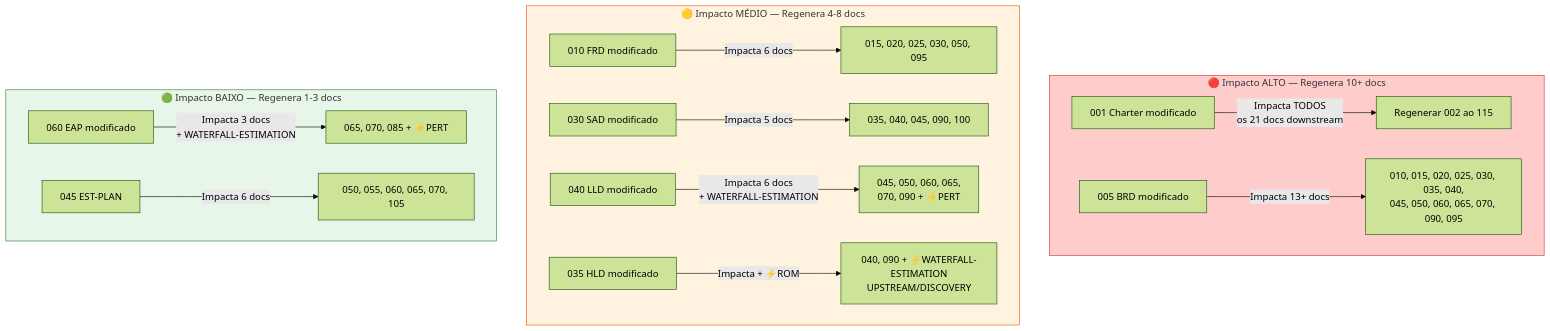
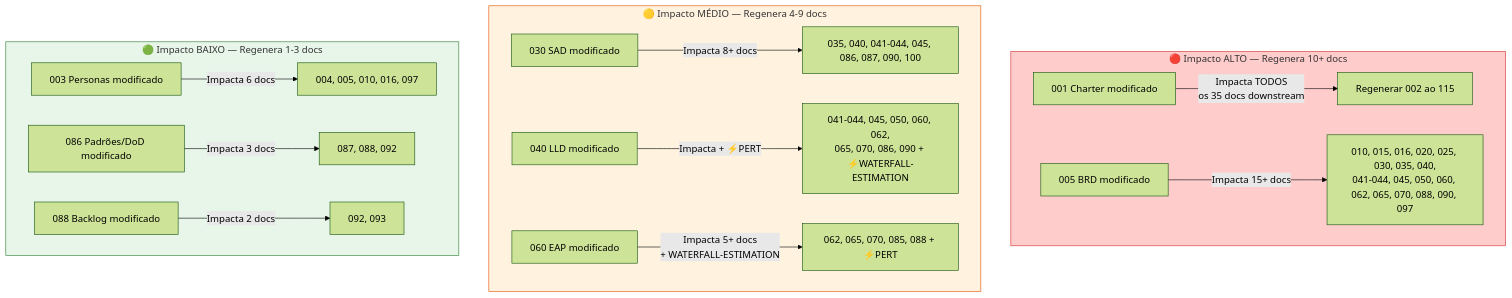
Before and after one commit to bolismar69/workspace-fbso: the eighth of 11 diagrams in .specs/prompts/project-documents-waterfall/FLOWCHART-PROMPT-ROADMAP-GENERATE-PROJECT-DOCUMENTS-WATERFALL.md, drawn with Mermaid (forest theme). The commit also changed other lines of this file, not shown here.

First line of the commit message:
docs: flowchart do roadmap WATERFALL v3.0 — 6 fases, 38 documentos

````diff
--- a/.specs/prompts/project-documents-waterfall/FLOWCHART-PROMPT-ROADMAP-GENERATE-PROJECT-DOCUMENTS-WATERFALL.md
+++ b/.specs/prompts/project-documents-waterfall/FLOWCHART-PROMPT-ROADMAP-GENERATE-PROJECT-DOCUMENTS-WATERFALL.md
@@ -524,23 +700,23 @@
 ```mermaid
 flowchart TD
     subgraph IMPACTO_ALTO["🔴 Impacto ALTO — Regenera 10+ docs"]
-        CHARTER["001 Charter modificado"] -->|"Impacta TODOS<br/>os 21 docs downstream"| ALL["Regenerar 002 ao 115"]
-        BRD["005 BRD modificado"] -->|"Impacta 13+ docs"| BRD_CASCADE["010, 015, 020, 025, 030, 035, 040,<br/>045, 050, 060, 065, 070, 090, 095"]
+        CHARTER["001 Charter modificado"] -->|"Impacta TODOS<br/>os 35 docs downstream"| ALL["Regenerar 002 ao 115"]
+        BRD["005 BRD modificado"] -->|"Impacta 15+ docs"| BRD_CASCADE["010, 015, 016, 020, 025, 030, 035, 040,<br/>041-044, 045, 050, 060, 062, 065, 070, 088, 090, 097"]
     end
 
-    subgraph IMPACTO_MEDIO["🟡 Impacto MÉDIO — Regenera 4-8 docs"]
-        FRD["010 FRD modificado"] -->|"Impacta 6 docs"| FRD_CASCADE["015, 020, 025, 030, 050, 095"]
-        SAD["030 SAD modificado"] -->|"Impacta 5 docs"| SAD_CASCADE["035, 040, 045, 090, 100"]
-        LLD["040 LLD modificado"] -->|"Impacta 6 docs<br/>+ WATERFALL-ESTIMATION"| LLD_CASCADE["045, 050, 060, 065,<br/>070, 090 + ⚡PERT"]
-        HLD["035 HLD modificado"] -->|"Impacta + ⚡ROM"| HLD_CASCADE["040, 090 + ⚡WATERFALL-ESTIMATION<br/>UPSTREAM/DISCOVERY"]
+    subgraph IMPACTO_MEDIO["🟡 Impacto MÉDIO — Regenera 4-9 docs"]
+        SAD["030 SAD modificado"] -->|"Impacta 8+ docs"| SAD_CASCADE["035, 040, 041-044, 045, 086, 087, 090, 100"]
+        LLD["040 LLD modificado"] -->|"Impacta + ⚡PERT"| LLD_CASCADE["041-044, 045, 050, 060, 062,<br/>065, 070, 086, 090 + ⚡WATERFALL-ESTIMATION"]
+        EAP["060 EAP modificado"] -->|"Impacta 5+ docs<br/>+ WATERFALL-ESTIMATION"| EAP_CASCADE["062, 065, 070, 085, 088 + ⚡PERT"]
     end
 
     subgraph IMPACTO_BAIXO["🟢 Impacto BAIXO — Regenera 1-3 docs"]
-        EAP["060 EAP modificado"] -->|"Impacta 3 docs<br/>+ WATERFALL-ESTIMATION"| EAP_CASCADE["065, 070, 085 + ⚡PERT"]
-        EST_PLAN["045 EST-PLAN"] -->|"Impacta 6 docs"| EST_CASCADE["050, 055, 060, 065, 070, 105"]
+        PERSONAS["003 Personas modificado"] -->|"Impacta 6 docs"| PER_CASCADE["004, 005, 010, 016, 097"]
+        DOD["086 Padrões/DoD modificado"] -->|"Impacta 3 docs"| DOD_CASCADE["087, 088, 092"]
+        BACKLOG["088 Backlog modificado"] -->|"Impacta 2 docs"| BL_CASCADE["092, 093"]
     end
 
     style IMPACTO_ALTO fill:#ffcccc,stroke:#d63031
     style IMPACTO_MEDIO fill:#fff3e0,stroke:#e65100
     style IMPACTO_BAIXO fill:#e8f5e9,stroke:#2e7d32
 ```
````
